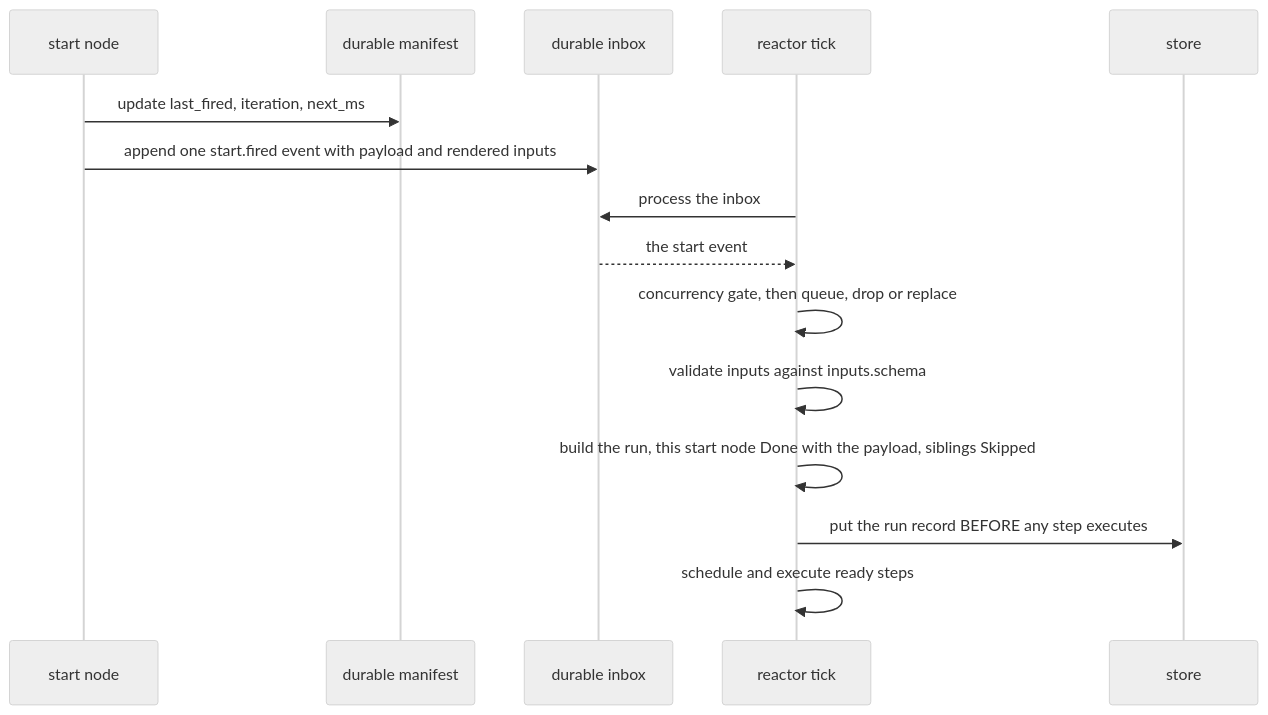
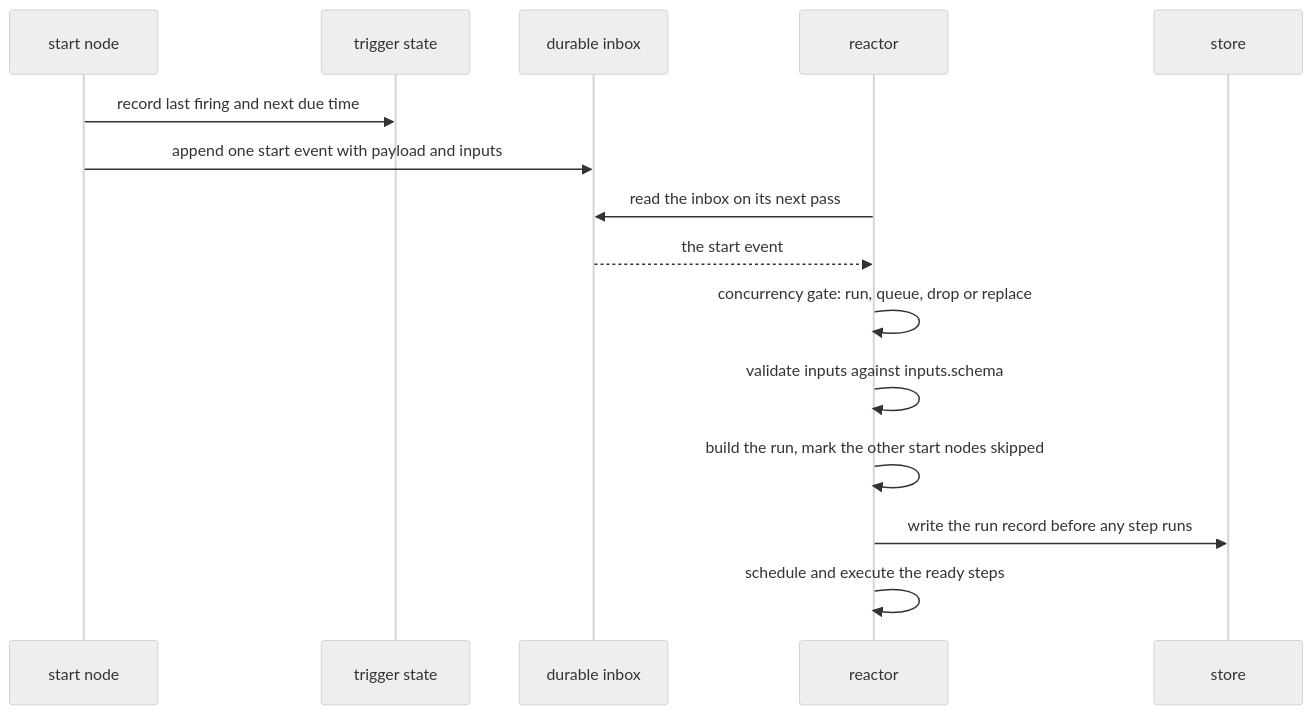
The second of 6 diagrams in docs/workflows.md (agentd-dev/source-code), drawn with Mermaid (neutral theme) before and after one commit. The commit also changed other lines of this file and 110 other files, not shown here.

````diff
--- a/docs/workflows.md
+++ b/docs/workflows.md
@@ -136,17 +96,17 @@
 ```mermaid
 sequenceDiagram
     participant S as start node
-    participant M as durable manifest
+    participant M as trigger state
     participant I as durable inbox
-    participant R as reactor tick
+    participant R as reactor
     participant D as store
-    S->>M: update last_fired, iteration, next_ms
-    S->>I: append one start.fired event with payload and rendered inputs
-    R->>I: process the inbox
+    S->>M: record last firing and next due time
+    S->>I: append one start event with payload and inputs
+    R->>I: read the inbox on its next pass
     I-->>R: the start event
-    R->>R: concurrency gate, then queue, drop or replace
+    R->>R: concurrency gate: run, queue, drop or replace
     R->>R: validate inputs against inputs.schema
-    R->>R: build the run, this start node Done with the payload, siblings Skipped
-    R->>D: put the run record BEFORE any step executes
-    R->>R: schedule and execute ready steps
+    R->>R: build the run, mark the other start nodes skipped
+    R->>D: write the run record before any step runs
+    R->>R: schedule and execute the ready steps
 ```
````
